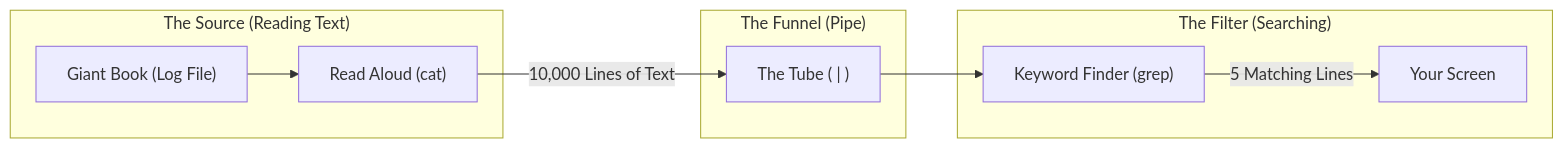
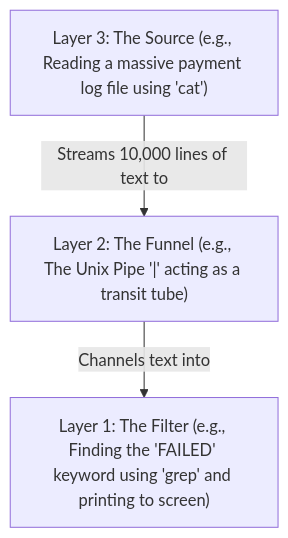
The diagram in website/pages/modules/module-01/lesson-07.md (aloysiuspattath/platform-engineering-ai-course), drawn with Mermaid before and after one commit. The commit also changed other lines of this file and 56 other files, not shown here.

Commit message:
refactor: simplify architecture diagrams into single-line layered models

````diff
--- a/website/pages/modules/module-01/lesson-07.md
+++ b/website/pages/modules/module-01/lesson-07.md
@@ -83,15 +83,5 @@
 ```mermaid
-flowchart LR
-    subgraph InputLayer ["The Source (Reading Text)"]
-        FILE["Giant Book (Log File)"] --> CAT["Read Aloud (cat)"]
-    end
-
-    subgraph PipeLayer ["The Funnel (Pipe)"]
-        CAT -->|10,000 Lines of Text| PIPE["The Tube ( | )"]
-    end
-
-    subgraph FilterLayer ["The Filter (Searching)"]
-        PIPE --> GREP["Keyword Finder (grep)"]
-        GREP -->|5 Matching Lines| SCREEN["Your Screen"]
-    end
+flowchart TD
+    L3["Layer 3: The Source (e.g., Reading a massive payment log file using 'cat')"] -->|Streams 10,000 lines of text to| L2["Layer 2: The Funnel (e.g., The Unix Pipe '|' acting as a transit tube)"]
+    L2 -->|Channels text into| L1["Layer 1: The Filter (e.g., Finding the 'FAILED' keyword using 'grep' and printing to screen)"]
 ```
````
